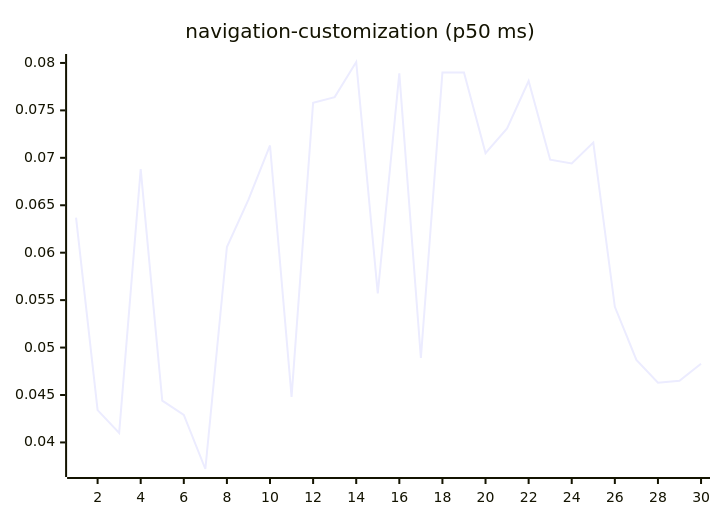
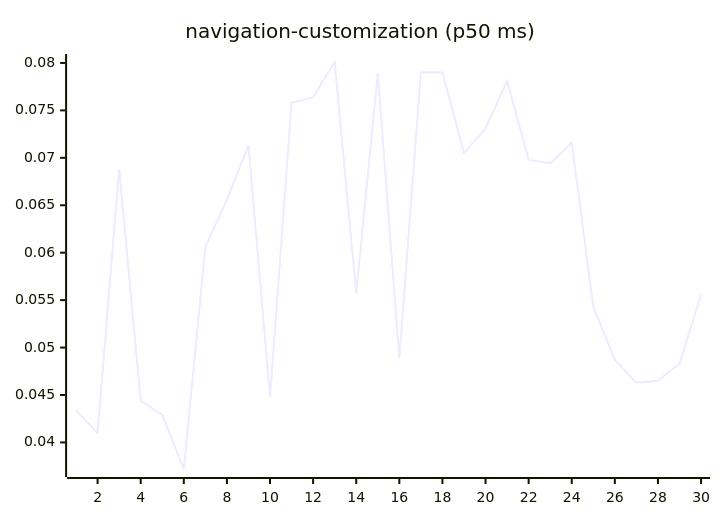
Diagram 15 of 27 in README.md (josha/Facet), drawn with Mermaid before and after one commit. The commit also changed other lines of this file and 2 other files, not shown here.

````diff
--- a/README.md
+++ b/README.md
@@ -161,6 +161,6 @@
 ```mermaid
 xychart-beta
     title "navigation-customization (p50 ms)"
     x-axis 1 --> 30
-    line [0.0637, 0.0434, 0.0410, 0.0688, 0.0444, 0.0429, 0.0372, 0.0606, 0.0656, 0.0713, 0.0448, 0.0758, 0.0764, 0.0801, 0.0557, 0.0789, 0.0489, 0.0790, 0.0790, 0.0705, 0.0731, 0.0781, 0.0698, 0.0694, 0.0716, 0.0543, 0.0487, 0.0463, 0.0465, 0.0483]
+    line [0.0434, 0.0410, 0.0688, 0.0444, 0.0429, 0.0372, 0.0606, 0.0656, 0.0713, 0.0448, 0.0758, 0.0764, 0.0801, 0.0557, 0.0789, 0.0489, 0.0790, 0.0790, 0.0705, 0.0731, 0.0781, 0.0698, 0.0694, 0.0716, 0.0543, 0.0487, 0.0463, 0.0465, 0.0483, 0.0556]
 ```
````
